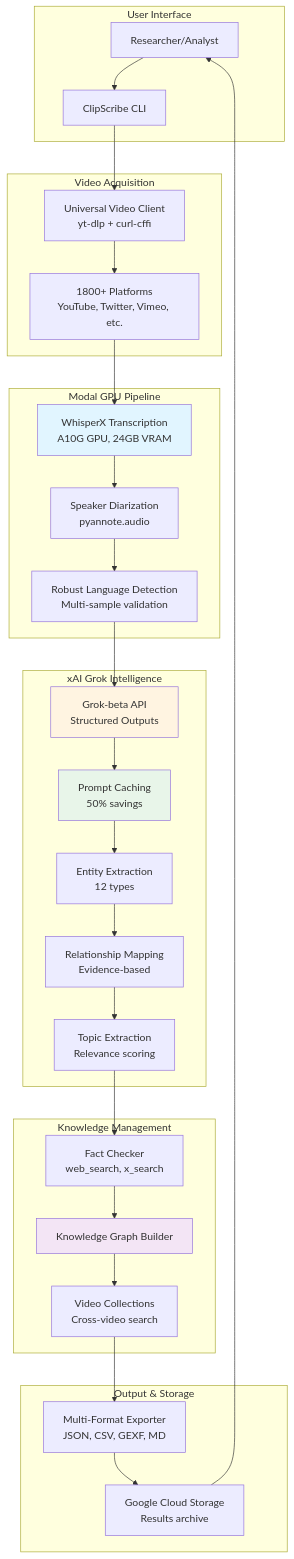
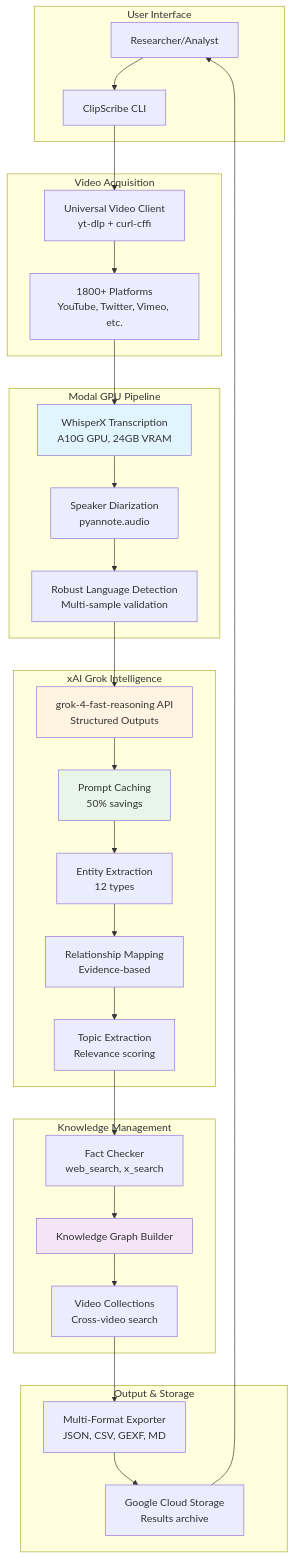
Before and after one commit to bubroz/clipscribe: the first of 14 diagrams in docs/ARCHITECTURE.md, drawn with Mermaid. The commit also changed other lines of this file and 21 other files, not shown here.

First line of the commit message:
fix(grok): standardize to grok-4-fast-reasoning with correct xAI pricing

````diff
--- a/docs/ARCHITECTURE.md
+++ b/docs/ARCHITECTURE.md
@@ -48,60 +48,60 @@
 ```mermaid
 graph TB
     subgraph "User Interface"
         User[Researcher/Analyst]
         CLI[ClipScribe CLI]
     end
     
     subgraph "Video Acquisition"
         VideoClient[Universal Video Client<br/>yt-dlp + curl-cffi]
         Platforms[1800+ Platforms<br/>YouTube, Twitter, Vimeo, etc.]
     end
     
     subgraph "Modal GPU Pipeline"
         WhisperX[WhisperX Transcription<br/>A10G GPU, 24GB VRAM]
         Diarization[Speaker Diarization<br/>pyannote.audio]
         LangDetect[Robust Language Detection<br/>Multi-sample validation]
     end
     
     subgraph "xAI Grok Intelligence"
-        GrokAPI[Grok-beta API<br/>Structured Outputs]
+        GrokAPI[grok-4-fast-reasoning API<br/>Structured Outputs]
         PromptCache[Prompt Caching<br/>50% savings]
         EntityExtract[Entity Extraction<br/>12 types]
         RelationMap[Relationship Mapping<br/>Evidence-based]
         TopicExtract[Topic Extraction<br/>Relevance scoring]
     end
     
     subgraph "Knowledge Management"
         KG[Knowledge Graph Builder]
         FactCheck[Fact Checker<br/>web_search, x_search]
         KnowledgeBase[Video Collections<br/>Cross-video search]
     end
     
     subgraph "Output & Storage"
         Formatter[Multi-Format Exporter<br/>JSON, CSV, GEXF, MD]
         GCS[Google Cloud Storage<br/>Results archive]
     end
     
     User --> CLI
     CLI --> VideoClient
     VideoClient --> Platforms
     Platforms --> WhisperX
     WhisperX --> Diarization
     Diarization --> LangDetect
     LangDetect --> GrokAPI
     GrokAPI --> PromptCache
     PromptCache --> EntityExtract
     EntityExtract --> RelationMap
     RelationMap --> TopicExtract
     TopicExtract --> FactCheck
     FactCheck --> KG
     KG --> KnowledgeBase
     KnowledgeBase --> Formatter
     Formatter --> GCS
     GCS --> User
     
     style WhisperX fill:#e1f5ff
     style GrokAPI fill:#fff4e1
     style PromptCache fill:#e8f5e9
     style KG fill:#f3e5f5
 ```
````
